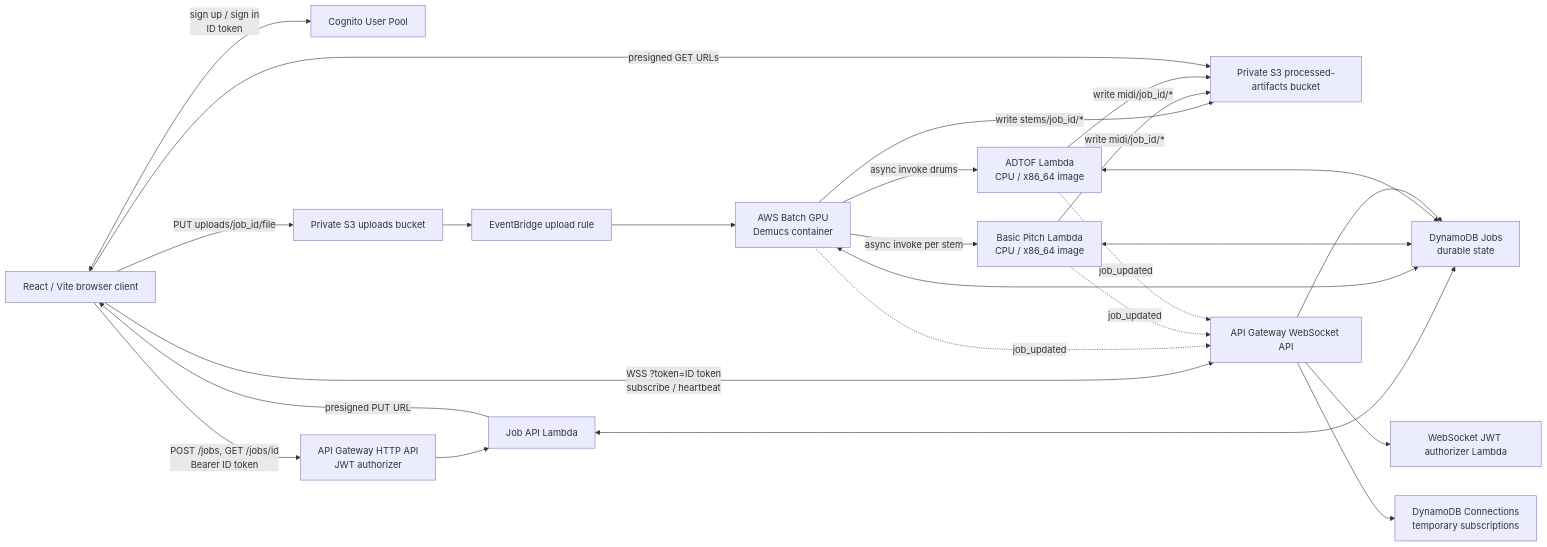
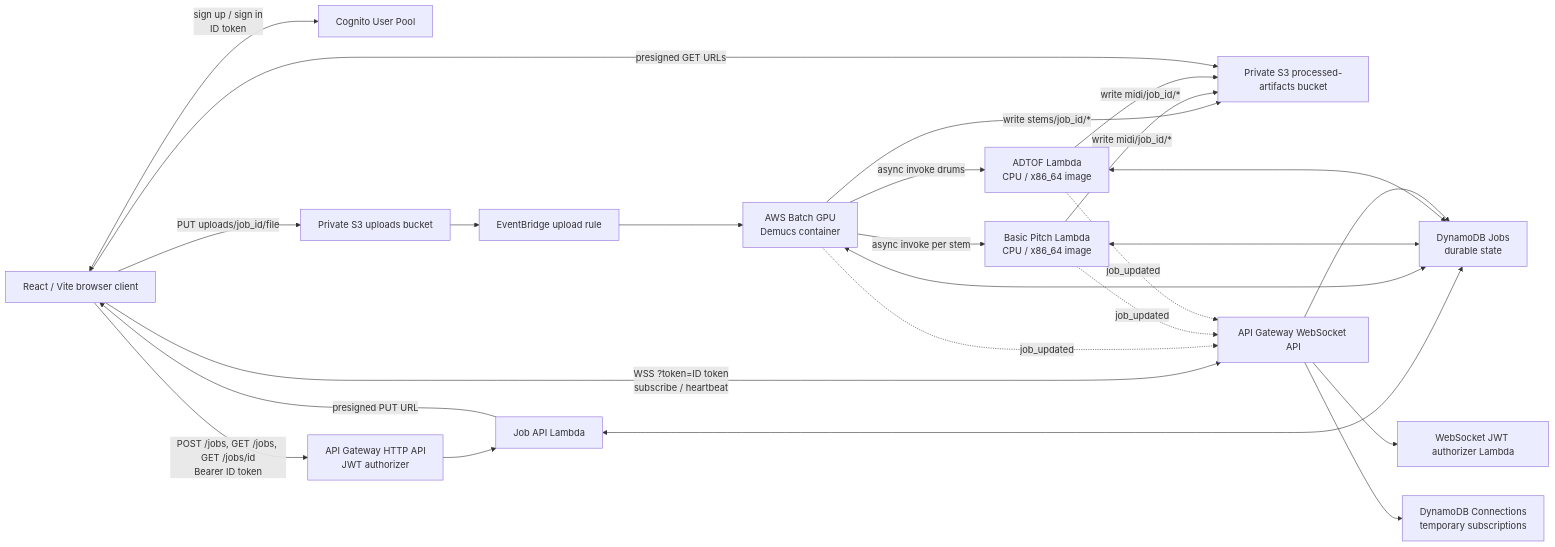
Before and after one commit to Y1ktor/CloudDSP: the first of 3 diagrams in docs/architecture.md, drawn with Mermaid. The commit also changed other lines of this file and 8 other files, not shown here.

```diff
--- a/docs/architecture.md
+++ b/docs/architecture.md
@@ -37,41 +37,41 @@
 ~~~mermaid
 flowchart LR
     Browser["React / Vite browser client"]
     Cognito["Cognito User Pool"]
     HttpApi["API Gateway HTTP API<br/>JWT authorizer"]
     JobApi["Job API Lambda"]
     Jobs["DynamoDB Jobs<br/>durable state"]
     Uploads["Private S3 uploads bucket"]
     EventBridge["EventBridge upload rule"]
     Batch["AWS Batch GPU<br/>Demucs container"]
     Artifacts["Private S3 processed-artifacts bucket"]
     BasicPitch["Basic Pitch Lambda<br/>CPU / x86_64 image"]
     ADTOF["ADTOF Lambda<br/>CPU / x86_64 image"]
     SocketApi["API Gateway WebSocket API"]
     SocketAuth["WebSocket JWT authorizer Lambda"]
     Connections["DynamoDB Connections<br/>temporary subscriptions"]
 
     Browser <-->|"sign up / sign in<br/>ID token"| Cognito
-    Browser -->|"POST /jobs, GET /jobs/id<br/>Bearer ID token"| HttpApi
+    Browser -->|"POST /jobs, GET /jobs, GET /jobs/id<br/>Bearer ID token"| HttpApi
     HttpApi --> JobApi
     JobApi <--> Jobs
     JobApi -->|"presigned PUT URL"| Browser
     Browser -->|"PUT uploads/job_id/file"| Uploads
     Uploads --> EventBridge --> Batch
     Batch <--> Jobs
     Batch -->|"write stems/job_id/*"| Artifacts
     Batch -->|"async invoke per stem"| BasicPitch
     Batch -->|"async invoke drums"| ADTOF
     BasicPitch <--> Jobs
     ADTOF <--> Jobs
     BasicPitch -->|"write midi/job_id/*"| Artifacts
     ADTOF -->|"write midi/job_id/*"| Artifacts
     Browser -->|"WSS ?token=ID token<br/>subscribe / heartbeat"| SocketApi
     SocketApi --> SocketAuth
     SocketApi --> Connections
     SocketApi --> Jobs
     Batch -. "job_updated" .-> SocketApi
     BasicPitch -. "job_updated" .-> SocketApi
     ADTOF -. "job_updated" .-> SocketApi
     Browser -->|"presigned GET URLs"| Artifacts
 ~~~
```
